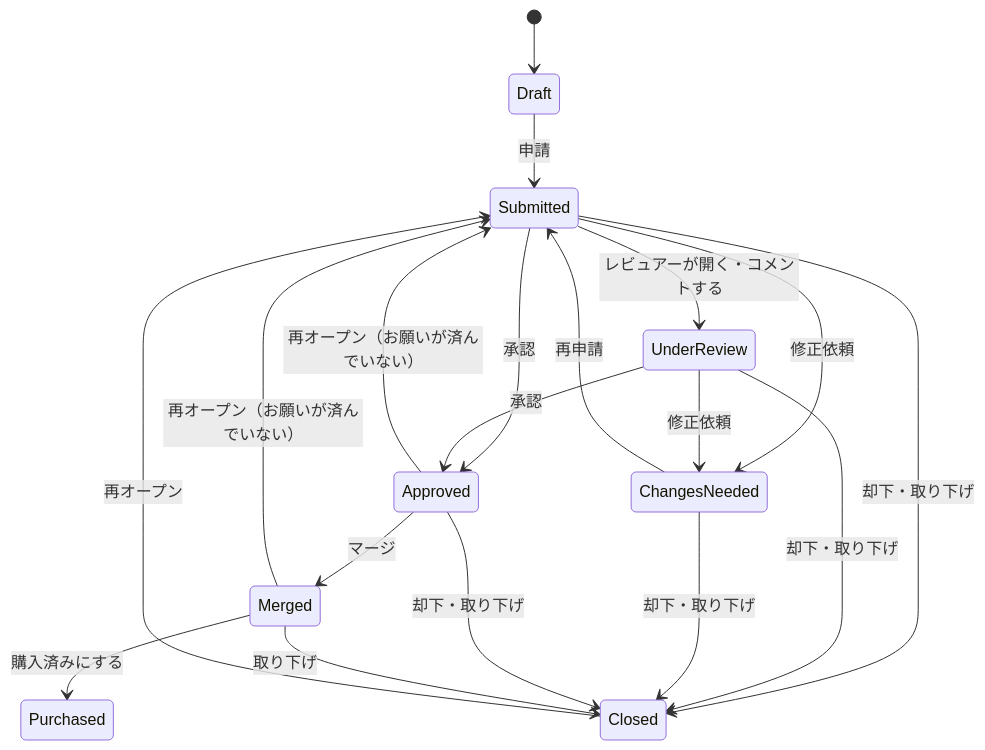
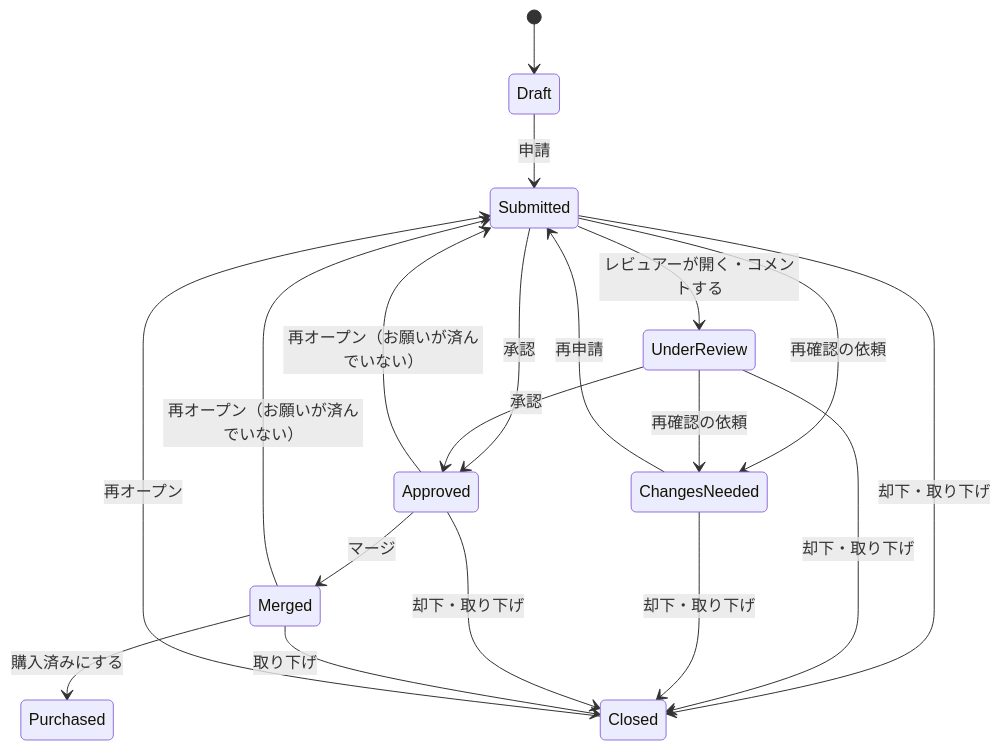
The second of 3 diagrams in readme.md (makoto-kamimura/docker_expense_management), drawn with Mermaid before and after one commit. The commit also changed other lines of this file and 9 other files, not shown here.

First line of the commit message:
レビュアーの「修正依頼」を「再確認の依頼」に言い換える

````diff
--- a/readme.md
+++ b/readme.md
@@ -403,21 +403,21 @@
 ```mermaid
 stateDiagram-v2
   [*] --> Draft
   Draft --> Submitted: 申請
   Submitted --> UnderReview: レビュアーが開く・コメントする
   Submitted --> Approved: 承認
   UnderReview --> Approved: 承認
-  Submitted --> ChangesNeeded: 修正依頼
-  UnderReview --> ChangesNeeded: 修正依頼
+  Submitted --> ChangesNeeded: 再確認の依頼
+  UnderReview --> ChangesNeeded: 再確認の依頼
   ChangesNeeded --> Submitted: 再申請
   Approved --> Merged: マージ
   Merged --> Purchased: 購入済みにする
   Submitted --> Closed: 却下・取り下げ
   UnderReview --> Closed: 却下・取り下げ
   ChangesNeeded --> Closed: 却下・取り下げ
   Approved --> Closed: 却下・取り下げ
   Merged --> Closed: 取り下げ
   Closed --> Submitted: 再オープン
   Approved --> Submitted: 再オープン（お願いが済んでいない）
   Merged --> Submitted: 再オープン（お願いが済んでいない）
 ```
````
